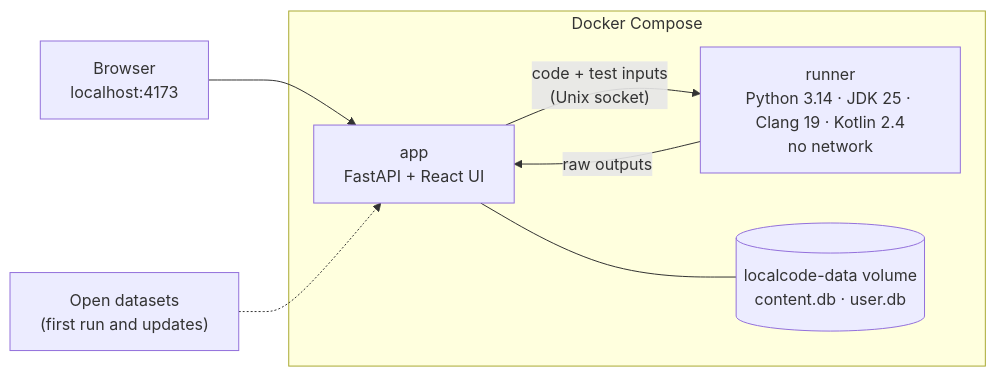
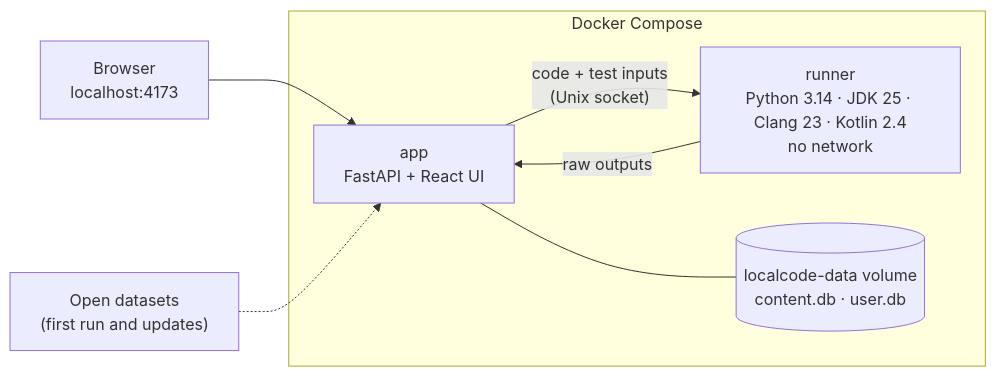
One commit to RyPope/localcode changed the first of 2 diagrams in README.md. Above: the diagram before and after it, drawn with Mermaid. The commit also changed other lines of this file and 10 other files, not shown here.

````diff
--- a/README.md
+++ b/README.md
@@ -93,13 +93,13 @@
 ```mermaid
 flowchart LR
     B["Browser<br/>localhost:4173"] --> A
     subgraph Docker["Docker Compose"]
         A["app<br/>FastAPI + React UI"]
-        R["runner<br/>Python 3.14 · JDK 25 · Clang 19 · Kotlin 2.4<br/>no network"]
+        R["runner<br/>Python 3.14 · JDK 25 · Clang 23 · Kotlin 2.4<br/>no network"]
         D[("localcode-data volume<br/>content.db · user.db")]
         A -- "code + test inputs<br/>(Unix socket)" --> R
         R -- "raw outputs" --> A
         A --- D
     end
     S["Open datasets<br/>(first run and updates)"] -.-> A
 ```
````
